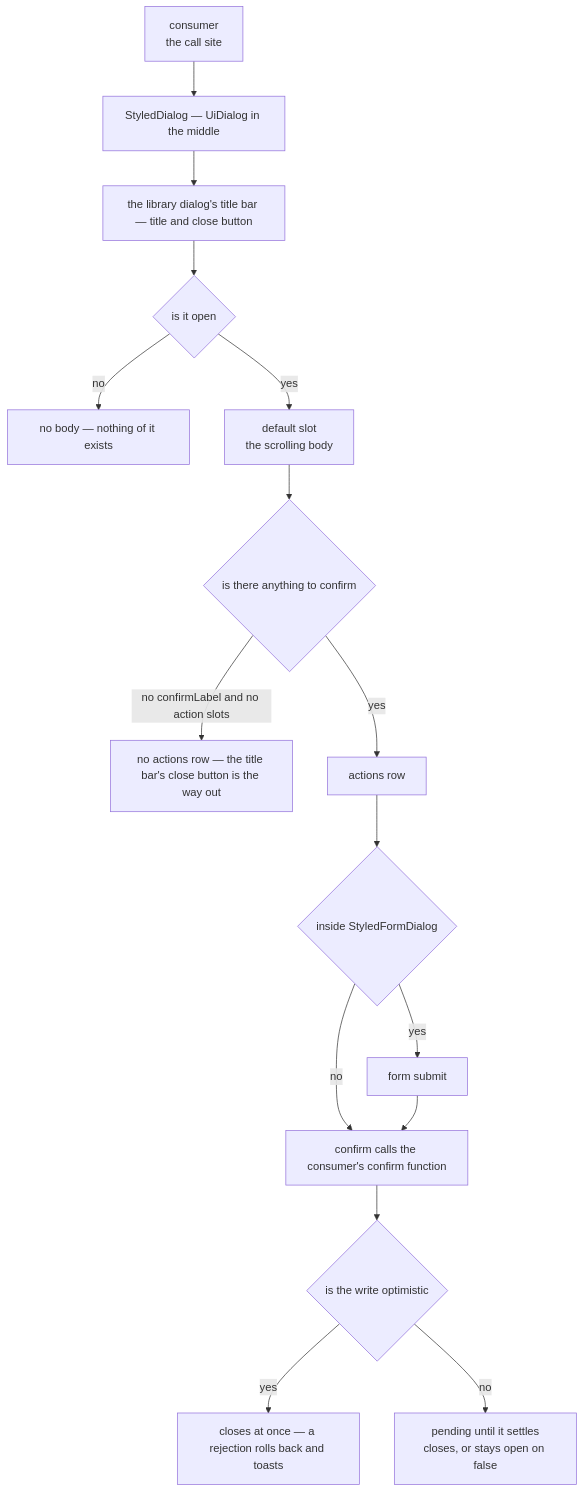
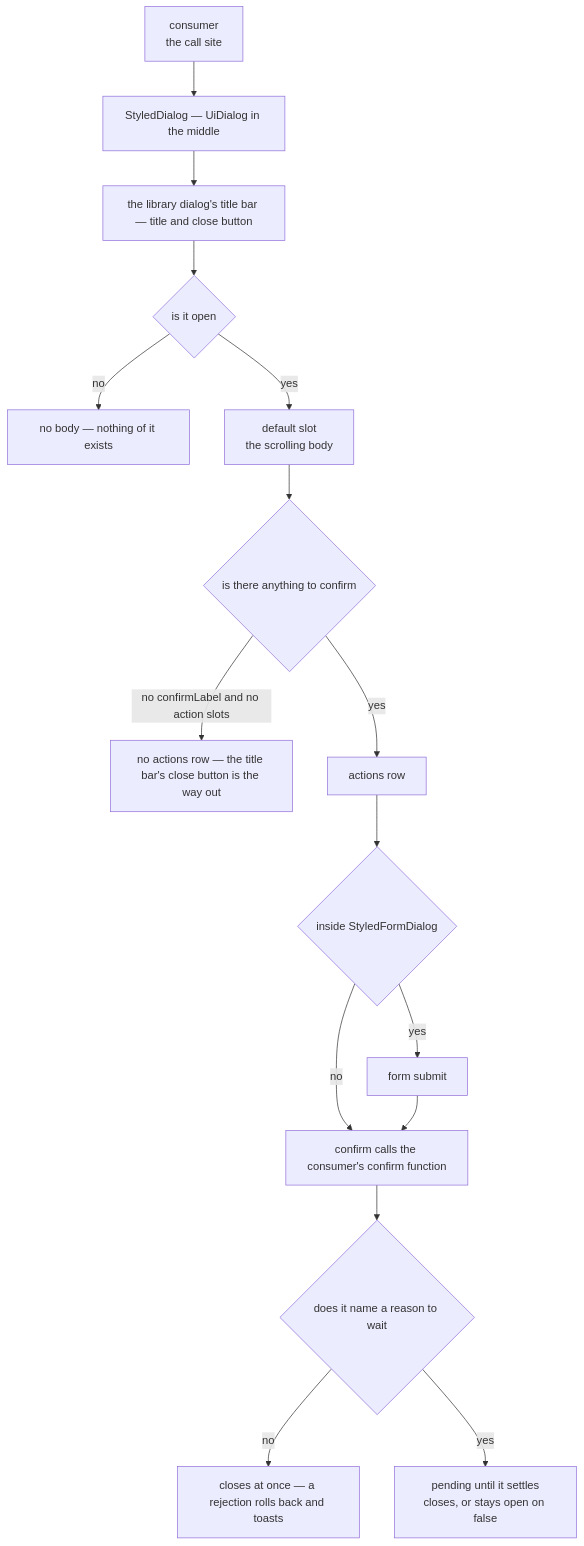
The diagram in openspec/specs/architecture/dialog-shell/design.md (Esposter/Esposter), drawn with Mermaid before and after one commit. The commit also changed other lines of this file and 316 other files, not shown here.

````diff
--- a/openspec/specs/architecture/dialog-shell/design.md
+++ b/openspec/specs/architecture/dialog-shell/design.md
@@ -11,18 +11,18 @@
 ```mermaid
 flowchart TD
   CONSUMER["consumer<br/>the call site"] --> SHELL["StyledDialog — UiDialog in the middle"]
   SHELL --> HEADER["the library dialog's title bar — title and close button"]
   HEADER --> OPEN{"is it open"}
   OPEN -->|"no"| NOTHING["no body — nothing of it exists"]
   OPEN -->|"yes"| BODY["default slot<br/>the scrolling body"]
   BODY --> HASACTIONS{"is there anything to confirm"}
   HASACTIONS -->|"no confirmLabel and no action slots"| CLOSE["no actions row — the title bar's close button is the way out"]
   HASACTIONS -->|"yes"| ACTIONS["actions row"]
   ACTIONS --> FORM{"inside StyledFormDialog"}
   FORM -->|"no"| ANSWER["confirm calls the consumer's confirm function"]
   FORM -->|"yes"| SUBMIT["form submit"]
   SUBMIT --> ANSWER
-  ANSWER --> MODE{"is the write optimistic"}
-  MODE -->|"yes"| GONE["closes at once — a rejection rolls back and toasts"]
-  MODE -->|"no"| PENDING["pending until it settles<br/>closes, or stays open on false"]
+  ANSWER --> MODE{"does it name a reason to wait"}
+  MODE -->|"no"| GONE["closes at once — a rejection rolls back and toasts"]
+  MODE -->|"yes"| PENDING["pending until it settles<br/>closes, or stays open on false"]
 ```
````
